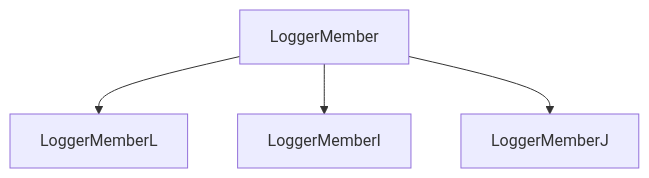
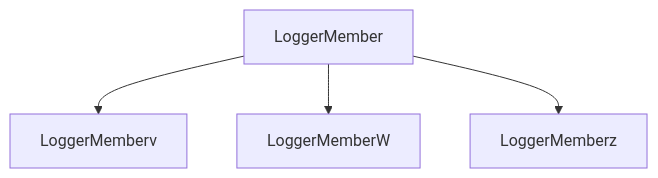
The diagram in mermaid.md (ellementul/uee-core), drawn with Mermaid before and after one commit. The commit also changed 3 other files, not shown here.

````diff
--- a/mermaid.md
+++ b/mermaid.md
@@ -1,11 +1,11 @@
 ```mermaid
  flowchart TD
-    YwHZgaXabnukkus5DrIu0sjd6nxTqoD0Lx4krtX9[LoggerMember]
-    L6mgI7j1U4gcbKjM207htO9pdHBd3S2lYtgsDkuG[LoggerMemberL]
-    IaRBXjXDxiQr830YjbCc7YaXnbln4YlDXwFT9k5m[LoggerMemberI]
-    J1uuTuBgnvhOyNsp9RR2Qx7FoiMGSx5BumApNgN[LoggerMemberJ]
+    6fLxnjYjKxftTETLgnSpX9rMaZ9hfiaYSNJ5AVa4[LoggerMember]
+    v8C08bOW4iVzoWjIDGMROq2eNANEqMTcTZOnrljD[LoggerMemberv]
+    WCy638AeWDQynQJJoFbbQAUH18rTk5OwljAtCvS7[LoggerMemberW]
+    zlHXNMflEiOtWni8pEFJFe3jkrmZijnLvUtjaHIN[LoggerMemberz]
 
-    YwHZgaXabnukkus5DrIu0sjd6nxTqoD0Lx4krtX9 --> L6mgI7j1U4gcbKjM207htO9pdHBd3S2lYtgsDkuG
-    YwHZgaXabnukkus5DrIu0sjd6nxTqoD0Lx4krtX9 --> IaRBXjXDxiQr830YjbCc7YaXnbln4YlDXwFT9k5m
-    YwHZgaXabnukkus5DrIu0sjd6nxTqoD0Lx4krtX9 --> J1uuTuBgnvhOyNsp9RR2Qx7FoiMGSx5BumApNgN
+    6fLxnjYjKxftTETLgnSpX9rMaZ9hfiaYSNJ5AVa4 --> v8C08bOW4iVzoWjIDGMROq2eNANEqMTcTZOnrljD
+    6fLxnjYjKxftTETLgnSpX9rMaZ9hfiaYSNJ5AVa4 --> WCy638AeWDQynQJJoFbbQAUH18rTk5OwljAtCvS7
+    6fLxnjYjKxftTETLgnSpX9rMaZ9hfiaYSNJ5AVa4 --> zlHXNMflEiOtWni8pEFJFe3jkrmZijnLvUtjaHIN
 ```
````
